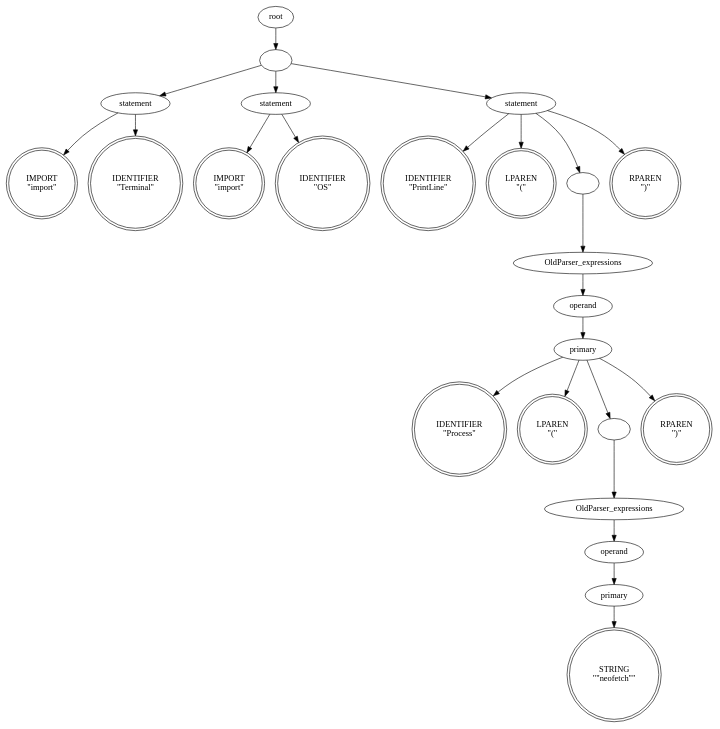
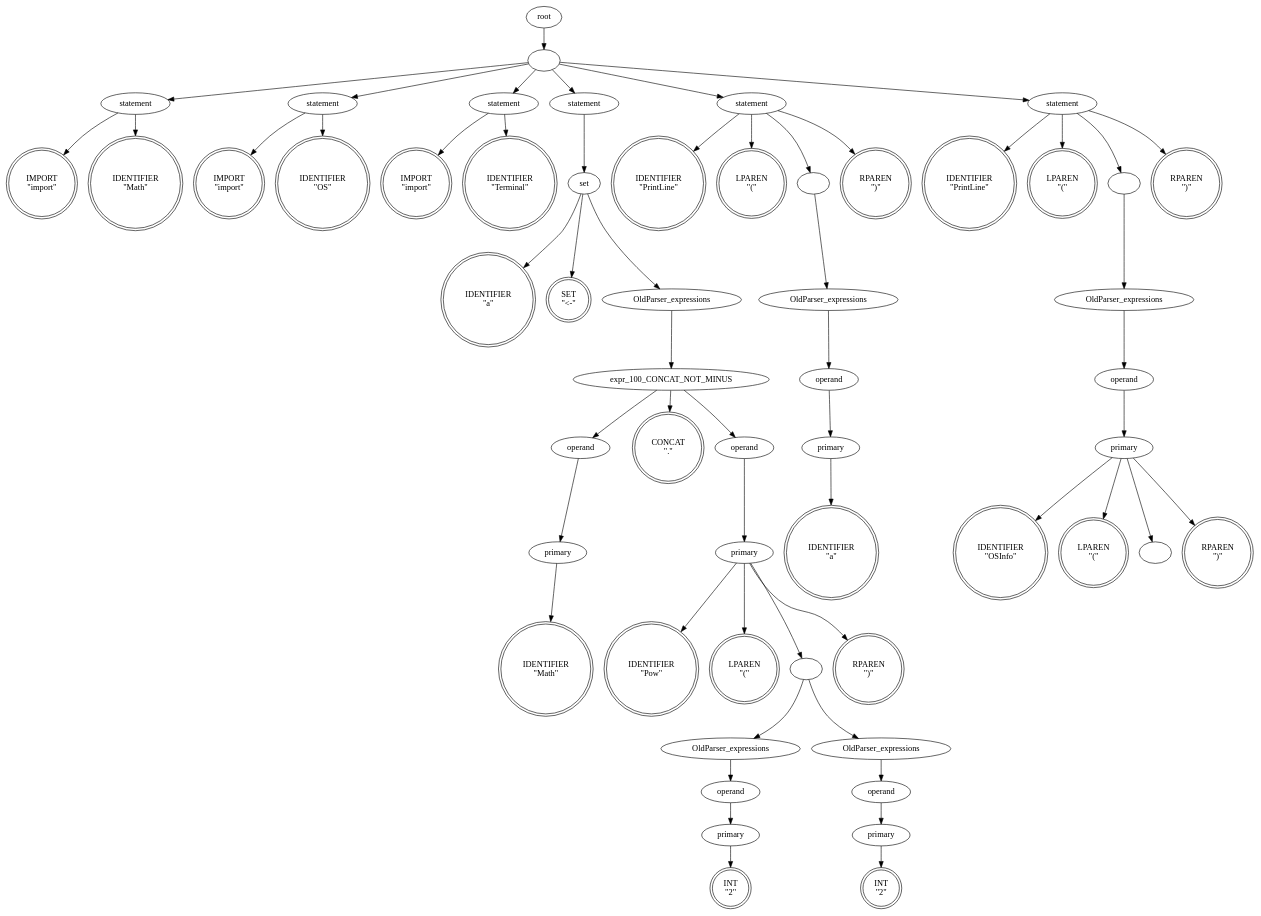
The diagram in Old8Lang/Ex/tree_By_init.dot (lijiajunply/Old8Lang), drawn with Graphviz before and after one commit. The commit also changed 20 other files, not shown here.

```diff
--- a/Old8Lang/Ex/tree_By_init.dot
+++ b/Old8Lang/Ex/tree_By_init.dot
@@ -1,73 +1,169 @@
 digraph syntaxtree {
 0 [  label="IMPORT
 \"import\"" shape=doublecircle height=0.50]
 1 [  label="IDENTIFIER
-\"Terminal\"" shape=doublecircle height=0.50]
+\"Math\"" shape=doublecircle height=0.50]
 2 [  label="statement" shape=ellipse fontcolor=black height=0.50]
 2 [  label="statement" shape=ellipse fontcolor=black height=0.50]
 3 [  label="IMPORT
 \"import\"" shape=doublecircle height=0.50]
 4 [  label="IDENTIFIER
 \"OS\"" shape=doublecircle height=0.50]
 5 [  label="statement" shape=ellipse fontcolor=black height=0.50]
 5 [  label="statement" shape=ellipse fontcolor=black height=0.50]
-6 [  label="IDENTIFIER
+6 [  label="IMPORT
+\"import\"" shape=doublecircle height=0.50]
+7 [  label="IDENTIFIER
+\"Terminal\"" shape=doublecircle height=0.50]
+8 [  label="statement" shape=ellipse fontcolor=black height=0.50]
+8 [  label="statement" shape=ellipse fontcolor=black height=0.50]
+9 [  label="IDENTIFIER
+\"a\"" shape=doublecircle height=0.50]
+10 [  label="SET
+\"<-\"" shape=doublecircle height=0.50]
+11 [  label="IDENTIFIER
+\"Math\"" shape=doublecircle height=0.50]
+12 [  label="primary" shape=ellipse fontcolor=black height=0.50]
+12 [  label="primary" shape=ellipse fontcolor=black height=0.50]
+13 [  label="operand" shape=ellipse fontcolor=black height=0.50]
+13 [  label="operand" shape=ellipse fontcolor=black height=0.50]
+14 [  label="CONCAT
+\".\"" shape=doublecircle height=0.50]
+15 [  label="IDENTIFIER
+\"Pow\"" shape=doublecircle height=0.50]
+16 [  label="LPAREN
+\"(\"" shape=doublecircle height=0.50]
+17 [  label="INT
+\"2\"" shape=doublecircle height=0.50]
+18 [  label="primary" shape=ellipse fontcolor=black height=0.50]
+18 [  label="primary" shape=ellipse fontcolor=black height=0.50]
+19 [  label="operand" shape=ellipse fontcolor=black height=0.50]
+19 [  label="operand" shape=ellipse fontcolor=black height=0.50]
+20 [  label="OldParser_expressions" shape=ellipse fontcolor=black height=0.50]
+20 [  label="OldParser_expressions" shape=ellipse fontcolor=black height=0.50]
+21 [  label="INT
+\"2\"" shape=doublecircle height=0.50]
+22 [  label="primary" shape=ellipse fontcolor=black height=0.50]
+22 [  label="primary" shape=ellipse fontcolor=black height=0.50]
+23 [  label="operand" shape=ellipse fontcolor=black height=0.50]
+23 [  label="operand" shape=ellipse fontcolor=black height=0.50]
+24 [  label="OldParser_expressions" shape=ellipse fontcolor=black height=0.50]
+24 [  label="OldParser_expressions" shape=ellipse fontcolor=black height=0.50]
+25 [  label="" shape=ellipse fontcolor=black height=0.50]
+25 [  label="" shape=ellipse fontcolor=black height=0.50]
+26 [  label="RPAREN
+\")\"" shape=doublecircle height=0.50]
+27 [  label="primary" shape=ellipse fontcolor=black height=0.50]
+27 [  label="primary" shape=ellipse fontcolor=black height=0.50]
+28 [  label="operand" shape=ellipse fontcolor=black height=0.50]
+28 [  label="operand" shape=ellipse fontcolor=black height=0.50]
+29 [  label="expr_100_CONCAT_NOT_MINUS" shape=ellipse fontcolor=black height=0.50]
+29 [  label="expr_100_CONCAT_NOT_MINUS" shape=ellipse fontcolor=black height=0.50]
+30 [  label="OldParser_expressions" shape=ellipse fontcolor=black height=0.50]
+30 [  label="OldParser_expressions" shape=ellipse fontcolor=black height=0.50]
+31 [  label="set" shape=ellipse fontcolor=black height=0.50]
+31 [  label="set" shape=ellipse fontcolor=black height=0.50]
+32 [  label="statement" shape=ellipse fontcolor=black height=0.50]
+32 [  label="statement" shape=ellipse fontcolor=black height=0.50]
+33 [  label="IDENTIFIER
 \"PrintLine\"" shape=doublecircle height=0.50]
-7 [  label="LPAREN
+34 [  label="LPAREN
 \"(\"" shape=doublecircle height=0.50]
-8 [  label="IDENTIFIER
-\"Process\"" shape=doublecircle height=0.50]
-9 [  label="LPAREN
+35 [  label="IDENTIFIER
+\"a\"" shape=doublecircle height=0.50]
+36 [  label="primary" shape=ellipse fontcolor=black height=0.50]
+36 [  label="primary" shape=ellipse fontcolor=black height=0.50]
+37 [  label="operand" shape=ellipse fontcolor=black height=0.50]
+37 [  label="operand" shape=ellipse fontcolor=black height=0.50]
+38 [  label="OldParser_expressions" shape=ellipse fontcolor=black height=0.50]
+38 [  label="OldParser_expressions" shape=ellipse fontcolor=black height=0.50]
+39 [  label="" shape=ellipse fontcolor=black height=0.50]
+39 [  label="" shape=ellipse fontcolor=black height=0.50]
+40 [  label="RPAREN
+\")\"" shape=doublecircle height=0.50]
+41 [  label="statement" shape=ellipse fontcolor=black height=0.50]
+41 [  label="statement" shape=ellipse fontcolor=black height=0.50]
+42 [  label="IDENTIFIER
+\"PrintLine\"" shape=doublecircle height=0.50]
+43 [  label="LPAREN
 \"(\"" shape=doublecircle height=0.50]
-10 [  label="STRING
-\"\"neofetch\"\"" shape=doublecircle height=0.50]
-11 [  label="primary" shape=ellipse fontcolor=black height=0.50]
-11 [  label="primary" shape=ellipse fontcolor=black height=0.50]
-12 [  label="operand" shape=ellipse fontcolor=black height=0.50]
-12 [  label="operand" shape=ellipse fontcolor=black height=0.50]
-13 [  label="OldParser_expressions" shape=ellipse fontcolor=black height=0.50]
-13 [  label="OldParser_expressions" shape=ellipse fontcolor=black height=0.50]
-14 [  label="" shape=ellipse fontcolor=black height=0.50]
-14 [  label="" shape=ellipse fontcolor=black height=0.50]
-15 [  label="RPAREN
+44 [  label="IDENTIFIER
+\"OSInfo\"" shape=doublecircle height=0.50]
+45 [  label="LPAREN
+\"(\"" shape=doublecircle height=0.50]
+46 [  label="" shape=ellipse fontcolor=black height=0.50]
+46 [  label="" shape=ellipse fontcolor=black height=0.50]
+47 [  label="RPAREN
 \")\"" shape=doublecircle height=0.50]
-16 [  label="primary" shape=ellipse fontcolor=black height=0.50]
-16 [  label="primary" shape=ellipse fontcolor=black height=0.50]
-17 [  label="operand" shape=ellipse fontcolor=black height=0.50]
-17 [  label="operand" shape=ellipse fontcolor=black height=0.50]
-18 [  label="OldParser_expressions" shape=ellipse fontcolor=black height=0.50]
-18 [  label="OldParser_expressions" shape=ellipse fontcolor=black height=0.50]
-19 [  label="" shape=ellipse fontcolor=black height=0.50]
-19 [  label="" shape=ellipse fontcolor=black height=0.50]
-20 [  label="RPAREN
+48 [  label="primary" shape=ellipse fontcolor=black height=0.50]
+48 [  label="primary" shape=ellipse fontcolor=black height=0.50]
+49 [  label="operand" shape=ellipse fontcolor=black height=0.50]
+49 [  label="operand" shape=ellipse fontcolor=black height=0.50]
+50 [  label="OldParser_expressions" shape=ellipse fontcolor=black height=0.50]
+50 [  label="OldParser_expressions" shape=ellipse fontcolor=black height=0.50]
+51 [  label="" shape=ellipse fontcolor=black height=0.50]
+51 [  label="" shape=ellipse fontcolor=black height=0.50]
+52 [  label="RPAREN
 \")\"" shape=doublecircle height=0.50]
-21 [  label="statement" shape=ellipse fontcolor=black height=0.50]
-21 [  label="statement" shape=ellipse fontcolor=black height=0.50]
-22 [  label="" shape=ellipse fontcolor=black height=0.50]
-22 [  label="" shape=ellipse fontcolor=black height=0.50]
-23 [  label="root" shape=ellipse fontcolor=black height=0.50]
-23 [  label="root" shape=ellipse fontcolor=black height=0.50]
+53 [  label="statement" shape=ellipse fontcolor=black height=0.50]
+53 [  label="statement" shape=ellipse fontcolor=black height=0.50]
+54 [  label="" shape=ellipse fontcolor=black height=0.50]
+54 [  label="" shape=ellipse fontcolor=black height=0.50]
+55 [  label="root" shape=ellipse fontcolor=black height=0.50]
+55 [  label="root" shape=ellipse fontcolor=black height=0.50]
 2->0 [  arrowshape=none];
 2->1 [  arrowshape=none];
 5->3 [  arrowshape=none];
 5->4 [  arrowshape=none];
-11->10 [  arrowshape=none];
+8->6 [  arrowshape=none];
+8->7 [  arrowshape=none];
 12->11 [  arrowshape=none];
 13->12 [  arrowshape=none];
-14->13 [  arrowshape=none];
-16->8 [  arrowshape=none];
-16->9 [  arrowshape=none];
-16->14 [  arrowshape=none];
-16->15 [  arrowshape=none];
-17->16 [  arrowshape=none];
 18->17 [  arrowshape=none];
 19->18 [  arrowshape=none];
-21->6 [  arrowshape=none];
-21->7 [  arrowshape=none];
-21->19 [  arrowshape=none];
-21->20 [  arrowshape=none];
-22->2 [  arrowshape=none];
-22->5 [  arrowshape=none];
+20->19 [  arrowshape=none];
 22->21 [  arrowshape=none];
 23->22 [  arrowshape=none];
+24->23 [  arrowshape=none];
+25->20 [  arrowshape=none];
+25->24 [  arrowshape=none];
+27->15 [  arrowshape=none];
+27->16 [  arrowshape=none];
+27->25 [  arrowshape=none];
+27->26 [  arrowshape=none];
+28->27 [  arrowshape=none];
+29->13 [  arrowshape=none];
+29->14 [  arrowshape=none];
+29->28 [  arrowshape=none];
+30->29 [  arrowshape=none];
+31->9 [  arrowshape=none];
+31->10 [  arrowshape=none];
+31->30 [  arrowshape=none];
+32->31 [  arrowshape=none];
+36->35 [  arrowshape=none];
+37->36 [  arrowshape=none];
+38->37 [  arrowshape=none];
+39->38 [  arrowshape=none];
+41->33 [  arrowshape=none];
+41->34 [  arrowshape=none];
+41->39 [  arrowshape=none];
+41->40 [  arrowshape=none];
+48->44 [  arrowshape=none];
+48->45 [  arrowshape=none];
+48->46 [  arrowshape=none];
+48->47 [  arrowshape=none];
+49->48 [  arrowshape=none];
+50->49 [  arrowshape=none];
+51->50 [  arrowshape=none];
+53->42 [  arrowshape=none];
+53->43 [  arrowshape=none];
+53->51 [  arrowshape=none];
+53->52 [  arrowshape=none];
+54->2 [  arrowshape=none];
+54->5 [  arrowshape=none];
+54->8 [  arrowshape=none];
+54->32 [  arrowshape=none];
+54->41 [  arrowshape=none];
+54->53 [  arrowshape=none];
+55->54 [  arrowshape=none];
 }
```
